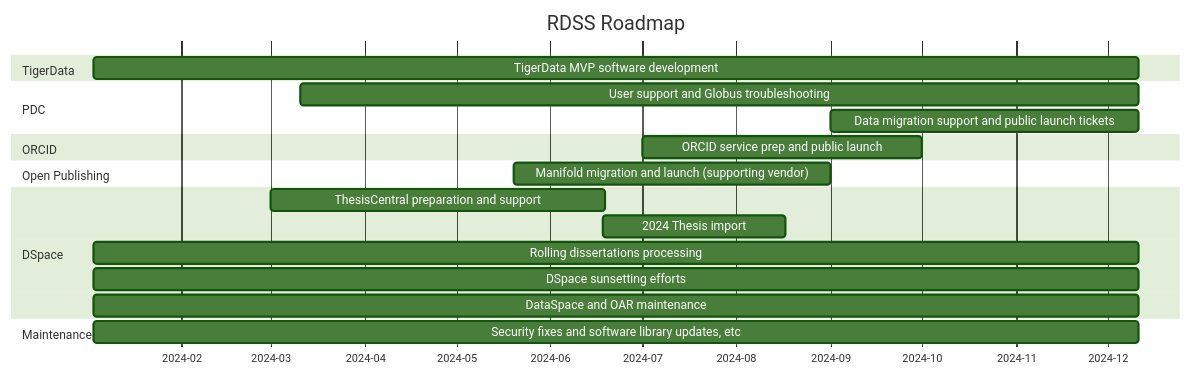
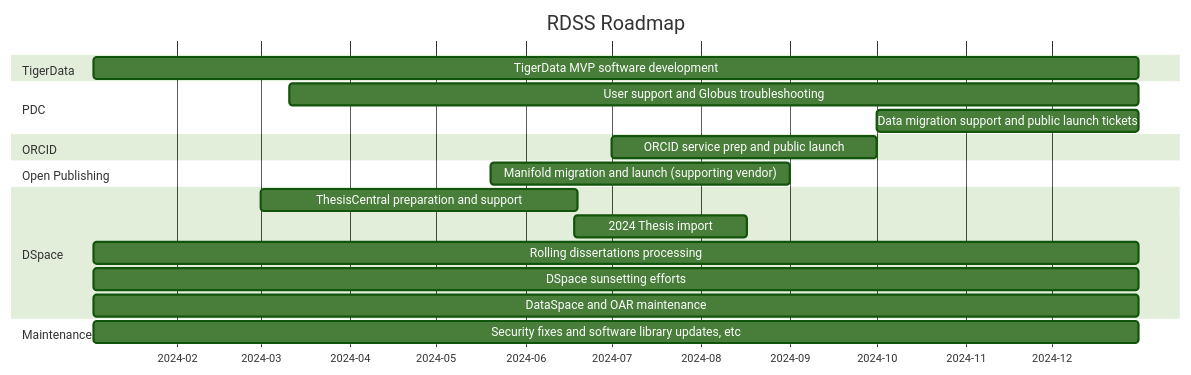
One commit to pulibrary/rdss-handbook changed the diagram in roadmap.md. Above: the diagram before and after it, drawn with Mermaid (forest theme).

Commit message:
Update roadmap.md
Moved PDC to not overlap with ORCID

````diff
--- a/roadmap.md
+++ b/roadmap.md
@@ -5,23 +5,23 @@
 ```mermaid
 gantt
     title RDSS Roadmap
     axisFormat  %Y-%m
     dateformat YYYY-MM
     section TigerData
-    TigerData MVP software development: td1,2024-01-03,343d
+    TigerData MVP software development: td1,2024-01-03,363d
     section PDC
-    User support and Globus troubleshooting: pd1,2024-03-11,275d
-    Data migration support and public launch tickets: pd2,2024-09-01,101d
+    User support and Globus troubleshooting: pd1,2024-03-11,295d
+    Data migration support and public launch tickets: pd2,2024-10-01,91d
     section ORCID
     ORCID service prep and public launch: or1,2024-07-01,92d
     section Open Publishing
     Manifold migration and launch (supporting vendor): op1,2024-05-20,104d
     section DSpace
     ThesisCentral preparation and support: dsp1,2024-03-01,110d
     2024 Thesis import: dsp2,2024-06-18,60d
-    Rolling dissertations processing: dsp3,2024-01-03,343d
-    DSpace sunsetting efforts: dsp4,2024-01-03,343d
-    DataSpace and OAR maintenance: dsp5,2024-01-03,343d
+    Rolling dissertations processing: dsp3,2024-01-03,363d
+    DSpace sunsetting efforts: dsp4,2024-01-03,363d
+    DataSpace and OAR maintenance: dsp5,2024-01-03,363d
     section Maintenance
-    Security fixes and software library updates, etc: man1,2024-01-03,343d
+    Security fixes and software library updates, etc: man1,2024-01-03,363d
 ```
````
